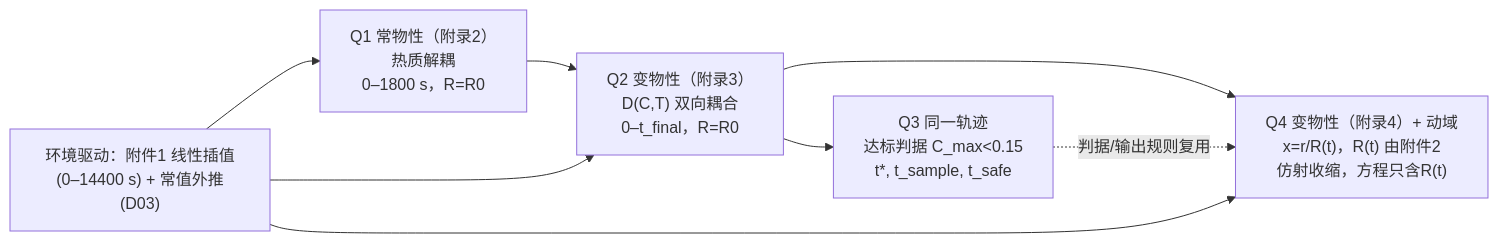
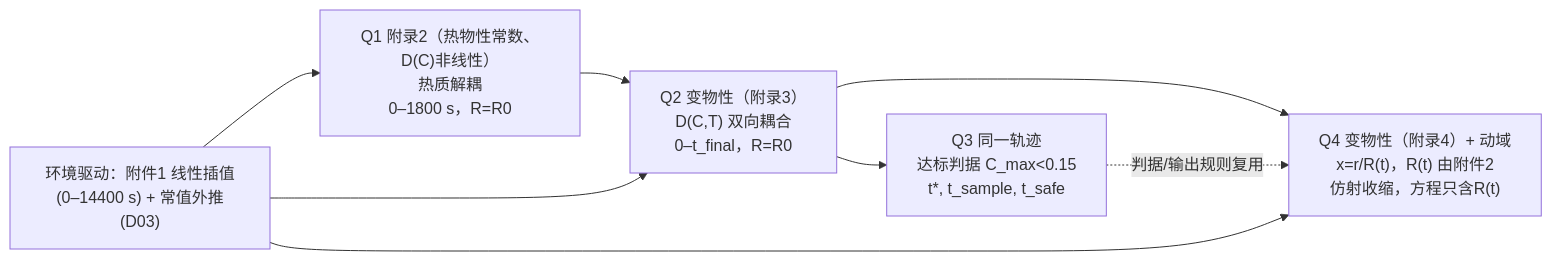
One commit to Lyxose-Tim/CUMCM2026A changed the diagram in 建模方案v1.1/A题_建模方案.md. Above: the diagram before and after it, drawn with Mermaid. The commit also changed other lines of this file and 2 other files, not shown here.

````diff
--- a/建模方案v1.1/A题_建模方案.md
+++ b/建模方案v1.1/A题_建模方案.md
@@ -247,10 +247,10 @@
 ```mermaid
 flowchart LR
-  Q1["Q1 常物性（附录2）\n热质解耦\n0–1800 s，R=R0"] --> Q2["Q2 变物性（附录3）\nD(C,T) 双向耦合\n0–t_final，R=R0"]
+  Q1["Q1 附录2（热物性常数、D(C)非线性）\n热质解耦\n0–1800 s，R=R0"] --> Q2["Q2 变物性（附录3）\nD(C,T) 双向耦合\n0–t_final，R=R0"]
   Q2 --> Q3["Q3 同一轨迹\n达标判据 C_max<0.15\nt*, t_sample, t_safe"]
   Q2 --> Q4["Q4 变物性（附录4）+ 动域\nx=r/R(t)，R(t) 由附件2\n仿射收缩，方程只含R(t)"]
   Q3 -. 判据/输出规则复用 .-> Q4
   D["环境驱动：附件1 线性插值(0–14400 s) + 常值外推(D03)"] --> Q1
   D --> Q2
   D --> Q4
 ```
````
